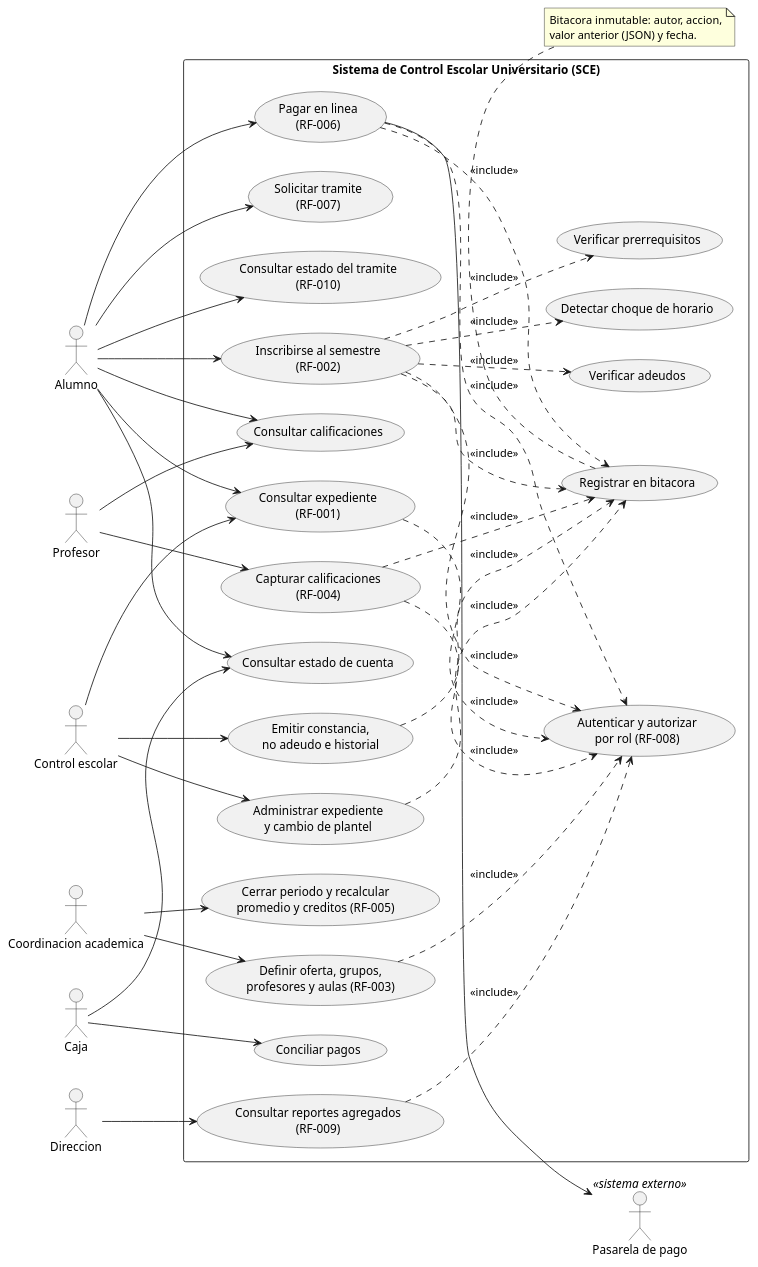
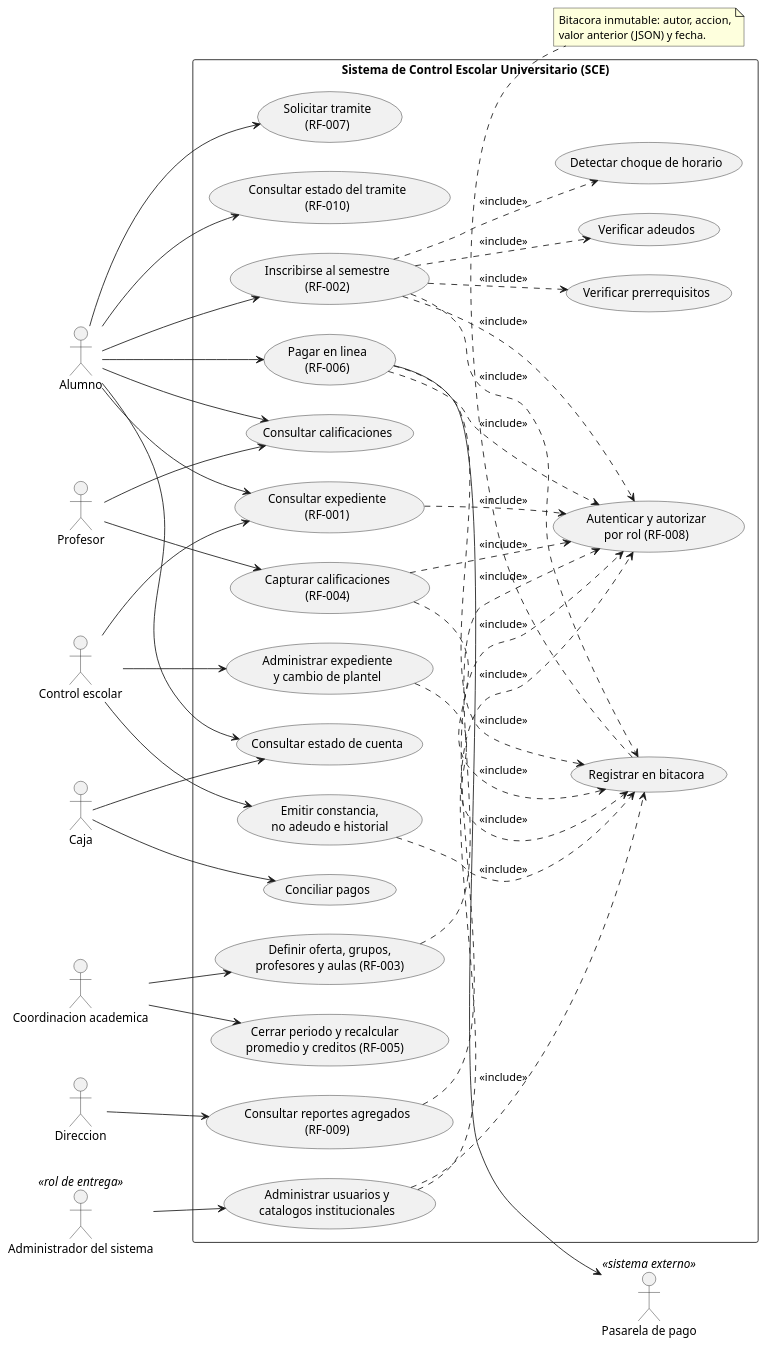
One commit to fjmp-dev/sce-control-escolar changed the diagram in docs/arquitectura/fig01-casos-de-uso.puml. Above: the diagram before and after it, drawn with PlantUML. The commit also changed 18 other files, not shown here.

```diff
--- a/docs/arquitectura/fig01-casos-de-uso.puml
+++ b/docs/arquitectura/fig01-casos-de-uso.puml
@@ -1,90 +1,97 @@
 @startuml fig01-casos-de-uso
 ' Figura 1. Diagrama de casos de uso del SCE, version 1 del piloto.
 ' Fuente: SCE-MC-001 v2.0, seccion 13.1. Roles: Tabla 5. Requisitos: Tabla 19.
 left to right direction
 skinparam shadowing false
 skinparam packageStyle rectangle
 
 actor "Alumno" as AL
 actor "Profesor" as PR
 actor "Control escolar" as CE
 actor "Coordinacion academica" as CA
 actor "Caja" as CJ
 actor "Direccion" as DI
+actor "Administrador del sistema" as AD <<rol de entrega>>
 actor "Pasarela de pago" as PP <<sistema externo>>
 
 rectangle "Sistema de Control Escolar Universitario (SCE)" {
 
   usecase "Consultar expediente\n(RF-001)" as UC01
   usecase "Inscribirse al semestre\n(RF-002)" as UC02
   usecase "Verificar prerrequisitos" as UC02a
   usecase "Verificar adeudos" as UC02b
   usecase "Detectar choque de horario" as UC02c
   usecase "Definir oferta, grupos,\nprofesores y aulas (RF-003)" as UC03
   usecase "Capturar calificaciones\n(RF-004)" as UC04
   usecase "Consultar calificaciones" as UC05
   usecase "Cerrar periodo y recalcular\npromedio y creditos (RF-005)" as UC06
   usecase "Consultar estado de cuenta" as UC07
   usecase "Pagar en linea\n(RF-006)" as UC08
   usecase "Conciliar pagos" as UC09
   usecase "Solicitar tramite\n(RF-007)" as UC10
   usecase "Emitir constancia,\nno adeudo e historial" as UC11
   usecase "Consultar estado del tramite\n(RF-010)" as UC12
   usecase "Consultar reportes agregados\n(RF-009)" as UC13
   usecase "Administrar expediente\ny cambio de plantel" as UC14
+  usecase "Administrar usuarios y\ncatalogos institucionales" as UC15
   usecase "Registrar en bitacora" as UCB
   usecase "Autenticar y autorizar\npor rol (RF-008)" as UCA
 }
 
 AL --> UC01
 AL --> UC02
 AL --> UC05
 AL --> UC07
 AL --> UC08
 AL --> UC10
 AL --> UC12
 
 PR --> UC04
 PR --> UC05
 
 CE --> UC14
 CE --> UC11
 CE --> UC01
 
 CA --> UC03
 CA --> UC06
 
 CJ --> UC07
 CJ --> UC09
 
 DI --> UC13
 
+' CC-007: Tablas 11 y 12. Rol tecnico de entrega; los seis roles de uso no cambian.
+AD --> UC15
+
 UC08 --> PP
 
 ' Inclusiones obligatorias (seccion 13.1): ninguna inscripcion se confirma
 ' sin verificar requisitos, adeudos y choques.
 UC02 ..> UC02a : <<include>>
 UC02 ..> UC02b : <<include>>
 UC02 ..> UC02c : <<include>>
 
 ' Ninguna operacion sensible ocurre sin registro en bitacora (RNF-SEG-001).
 UC02 ..> UCB : <<include>>
 UC04 ..> UCB : <<include>>
 UC08 ..> UCB : <<include>>
 UC11 ..> UCB : <<include>>
 UC14 ..> UCB : <<include>>
+UC15 ..> UCB : <<include>>
 
 ' Toda operacion requiere autenticacion y autorizacion (RNF-SEG-001).
 UC01 ..> UCA : <<include>>
 UC02 ..> UCA : <<include>>
 UC03 ..> UCA : <<include>>
 UC04 ..> UCA : <<include>>
 UC08 ..> UCA : <<include>>
 UC13 ..> UCA : <<include>>
+UC15 ..> UCA : <<include>>
 
 note bottom of UCB
   Bitacora inmutable: autor, accion,
   valor anterior (JSON) y fecha.
 end note
 
 @enduml
```
